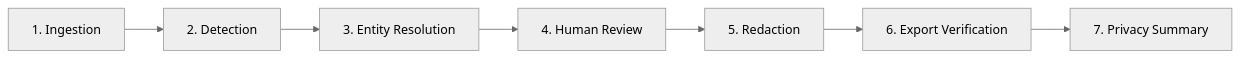
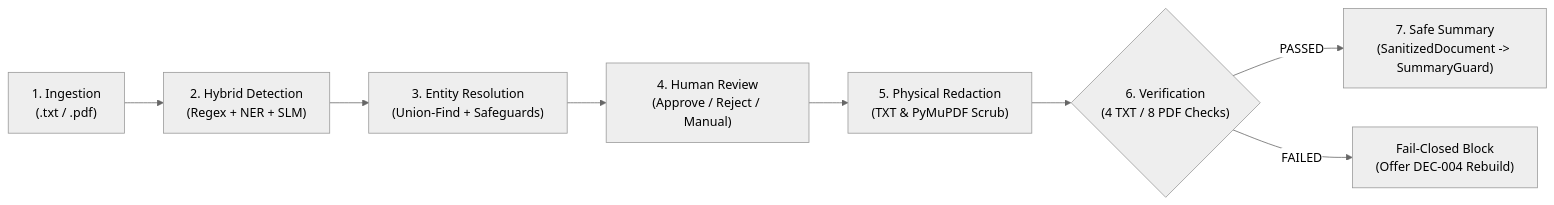
One commit to Swastikphadke/PrivDoc changed the second of 2 diagrams in Docs/ARCHITECTURE.md. Above: the diagram before and after it, drawn with Mermaid (neutral theme). The commit also changed other lines of this file and 1 other file, not shown here.

Commit message:
docs: reconcile product and architecture documentation

````diff
--- a/Docs/ARCHITECTURE.md
+++ b/Docs/ARCHITECTURE.md
@@ -88,9 +100,10 @@
 ```mermaid
 flowchart LR
-    S1[1. Ingestion] --> S2[2. Detection]
-    S2 --> S3[3. Entity Resolution]
-    S3 --> S4[4. Human Review]
-    S4 --> S5[5. Redaction]
-    S5 --> S6[6. Export Verification]
-    S6 --> S7[7. Privacy Summary]
+    S1["1. Ingestion\n(.txt / .pdf)"] --> S2["2. Hybrid Detection\n(Regex + NER + SLM)"]
+    S2 --> S3["3. Entity Resolution\n(Union-Find + Safeguards)"]
+    S3 --> S4["4. Human Review\n(Approve / Reject / Manual)"]
+    S4 --> S5["5. Physical Redaction\n(TXT & PyMuPDF Scrub)"]
+    S5 --> S6{"6. Verification\n(4 TXT / 8 PDF Checks)"}
+    S6 -- "PASSED" --> S7["7. Safe Summary\n(SanitizedDocument -> SummaryGuard)"]
+    S6 -- "FAILED" --> Block["Fail-Closed Block\n(Offer DEC-004 Rebuild)"]
 ```
````
